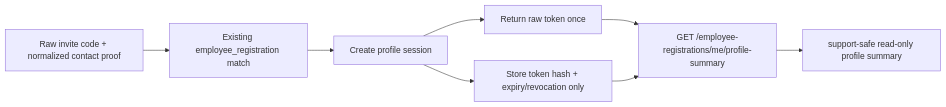
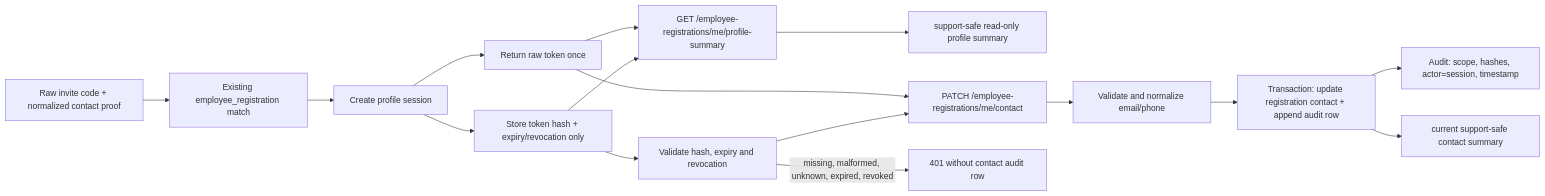
One commit to UnidentifiedRaccoon/Finrhythm changed the third of 4 diagrams in docs/architecture/access-and-subscriptions.md. Above: the diagram before and after it, drawn with Mermaid. The commit also changed other lines of this file and 76 other files, not shown here.

````diff
--- a/docs/architecture/access-and-subscriptions.md
+++ b/docs/architecture/access-and-subscriptions.md
@@ -219,10 +223,18 @@
 ```mermaid
 flowchart LR
     PROOF["Raw invite code + normalized contact proof"] --> MATCH["Existing employee_registration match"]
     MATCH --> CREATE["Create profile session"]
     CREATE --> HASH["Store token hash + expiry/revocation only"]
     CREATE --> RAW["Return raw token once"]
     RAW --> ME["GET /employee-registrations/me/profile-summary"]
     HASH --> ME
     ME --> SUMMARY["support-safe read-only profile summary"]
+    RAW --> CONTACT["PATCH /employee-registrations/me/contact"]
+    HASH --> AUTH["Validate hash, expiry and revocation"]
+    AUTH --> CONTACT
+    CONTACT --> NORMALIZE["Validate and normalize email/phone"]
+    NORMALIZE --> TX["Transaction: update registration contact + append audit row"]
+    TX --> AUDIT["Audit: scope, hashes, actor=session, timestamp"]
+    TX --> CURRENT["current support-safe contact summary"]
+    AUTH -->|missing, malformed, unknown, expired, revoked| DENY["401 without contact audit row"]
 ```
````
